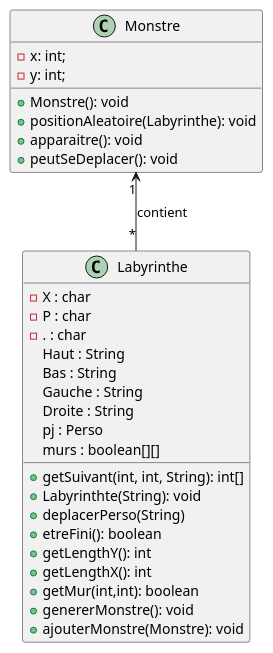
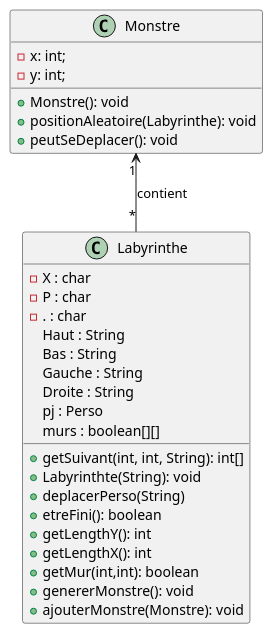
Before and after one commit to crochetremi/2025_Zeldiablo_e20157u_e82008u_e89209u_e26078u: the diagram in documents/diagramme_classe.puml, drawn with PlantUML.

Commit message:
on retire la methode apparition

```diff
--- a/documents/diagramme_classe.puml
+++ b/documents/diagramme_classe.puml
@@ -1,46 +1,45 @@
 @startuml
 'https://plantuml.com/class-diagram
 
 class Monstre{
 
     - x: int;
     - y: int;
 
     + Monstre(): void
     + positionAleatoire(Labyrinthe): void
-    + apparaitre(): void
     + peutSeDeplacer(): void
 
 }
 
 class Labyrinthe{
 
     - X : char
     - P : char
     - . : char
     Haut : String
     Bas : String
     Gauche : String
     Droite : String
     pj : Perso
     murs : boolean[][]
 
     + getSuivant(int, int, String): int[]
     + Labyrinthte(String): void
     + deplacerPerso(String)
     + etreFini(): boolean
     + getLengthY(): int
     + getLengthX(): int
     + getMur(int,int): boolean
     + genererMonstre(): void
     + ajouterMonstre(Monstre): void
 
 }
 
 Monstre "1" <-- "*" Labyrinthe : contient
 
 
 
 
 
 @enduml
```
